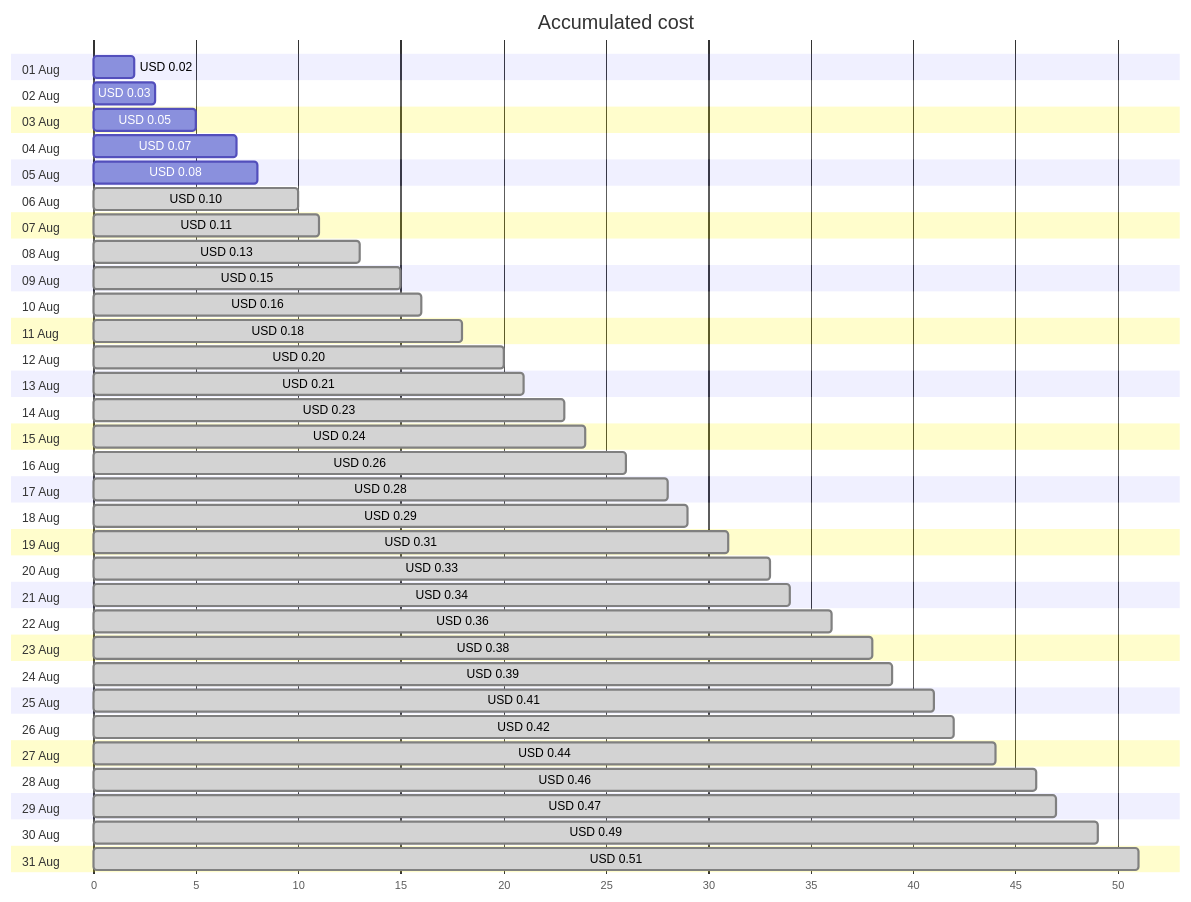
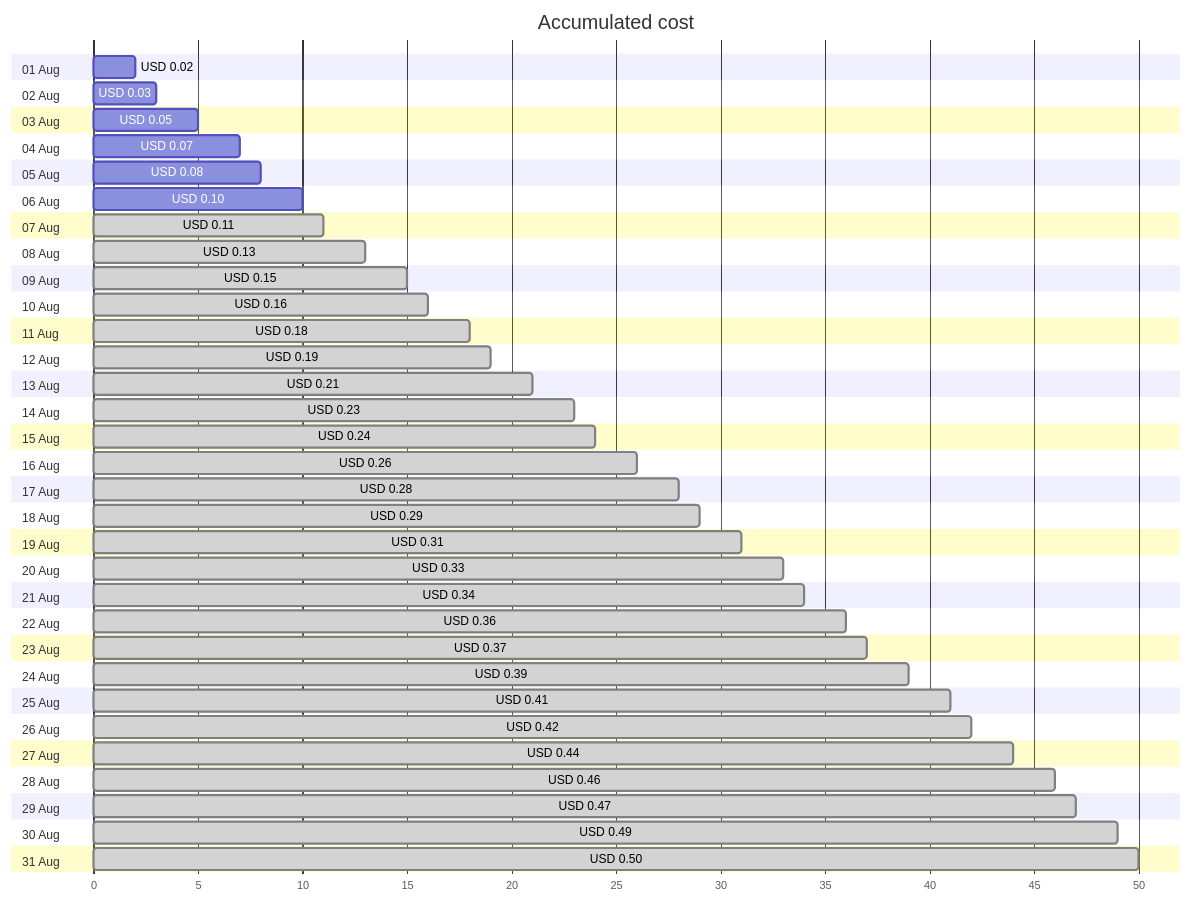
Before and after one commit to jpfulton/azure-personal-reports: the first of 4 diagrams in cost-reports/personal-dns/jpatrickfulton.com.md, drawn with Mermaid. The commit also changed other lines of this file and 2 other files, not shown here.

````diff
--- a/cost-reports/personal-dns/jpatrickfulton.com.md
+++ b/cost-reports/personal-dns/jpatrickfulton.com.md
@@ -20,68 +20,68 @@
 ```mermaid
 gantt
    title Accumulated cost
    dateFormat  X
    axisFormat %s
    section 01 Aug
    USD 0.02 :0, 2
    section 02 Aug
    USD 0.03 :0, 3
    section 03 Aug
    USD 0.05 :0, 5
    section 04 Aug
    USD 0.07 :0, 7
    section 05 Aug
    USD 0.08 :0, 8
    section 06 Aug
-   USD 0.10 : done, 0, 10
+   USD 0.10 :0, 10
    section 07 Aug
    USD 0.11 : done, 0, 11
    section 08 Aug
    USD 0.13 : done, 0, 13
    section 09 Aug
    USD 0.15 : done, 0, 15
    section 10 Aug
    USD 0.16 : done, 0, 16
    section 11 Aug
    USD 0.18 : done, 0, 18
    section 12 Aug
-   USD 0.20 : done, 0, 20
+   USD 0.19 : done, 0, 19
    section 13 Aug
    USD 0.21 : done, 0, 21
    section 14 Aug
    USD 0.23 : done, 0, 23
    section 15 Aug
    USD 0.24 : done, 0, 24
    section 16 Aug
    USD 0.26 : done, 0, 26
    section 17 Aug
    USD 0.28 : done, 0, 28
    section 18 Aug
    USD 0.29 : done, 0, 29
    section 19 Aug
    USD 0.31 : done, 0, 31
    section 20 Aug
    USD 0.33 : done, 0, 33
    section 21 Aug
    USD 0.34 : done, 0, 34
    section 22 Aug
    USD 0.36 : done, 0, 36
    section 23 Aug
-   USD 0.38 : done, 0, 38
+   USD 0.37 : done, 0, 37
    section 24 Aug
    USD 0.39 : done, 0, 39
    section 25 Aug
    USD 0.41 : done, 0, 41
    section 26 Aug
    USD 0.42 : done, 0, 42
    section 27 Aug
    USD 0.44 : done, 0, 44
    section 28 Aug
    USD 0.46 : done, 0, 46
    section 29 Aug
    USD 0.47 : done, 0, 47
    section 30 Aug
    USD 0.49 : done, 0, 49
    section 31 Aug
-   USD 0.51 : done, 0, 51
+   USD 0.50 : done, 0, 50
 ```
````
